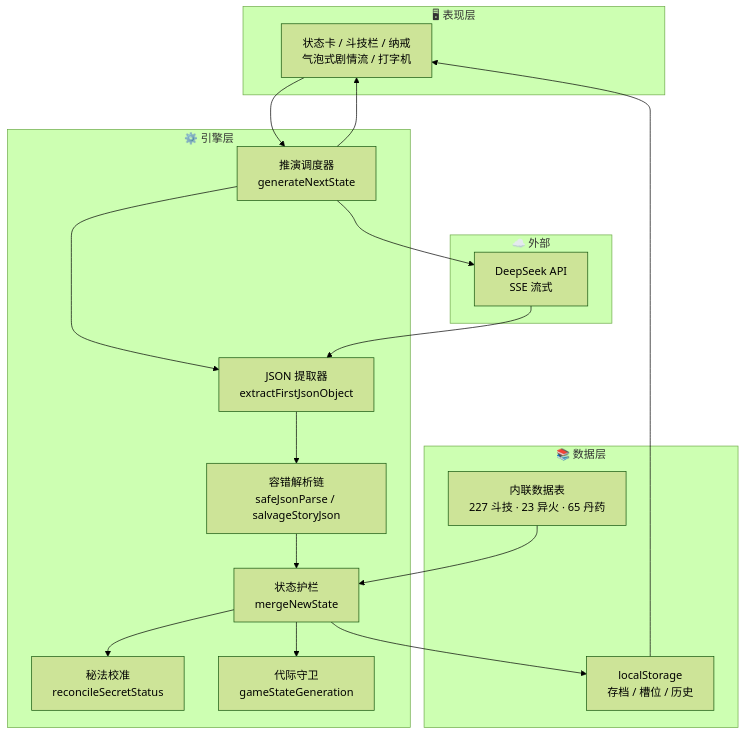
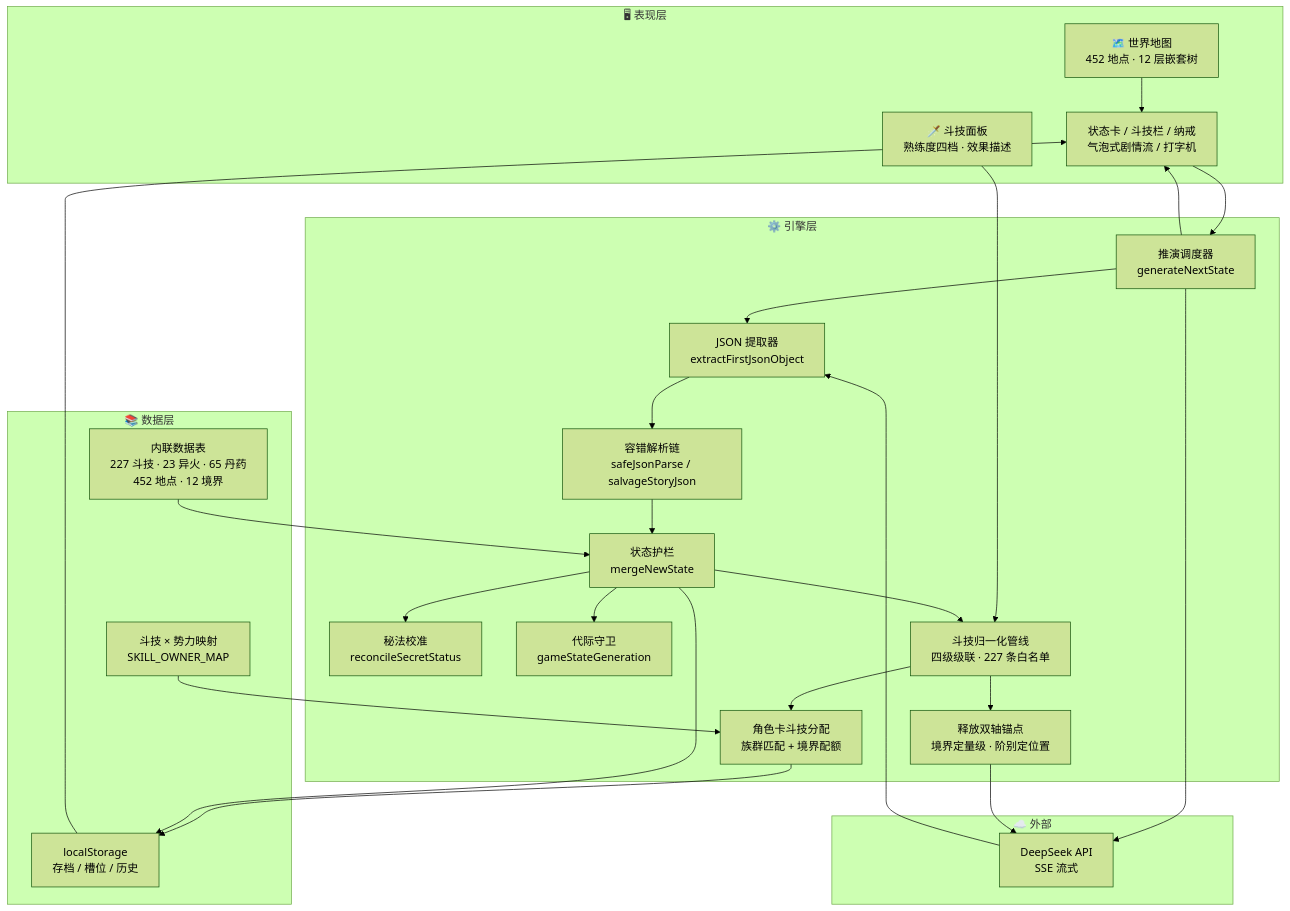
Before and after one commit to Yuan05550/doupo-ai-text-adventure: the first of 4 diagrams in README.md, drawn with Mermaid (forest theme). The commit also changed other lines of this file and 3 other files, not shown here.

First line of the commit message:
feat: v2.4 — 世界地图 · 斗技双轴 · 丹药赠送 · 角色卡斗技分配

````diff
--- a/README.md
+++ b/README.md
@@ -133,37 +136,51 @@
 ```mermaid
 graph TB
     subgraph P["🖥 表现层"]
         UI["状态卡 / 斗技栏 / 纳戒<br/>气泡式剧情流 / 打字机"]
+        PANEL["🗡️ 斗技面板<br/>熟练度四档 · 效果描述"]
+        WMAP["🗺️ 世界地图<br/>452 地点 · 12 层嵌套树"]
     end
 
     subgraph E["⚙️ 引擎层"]
         SCHED["推演调度器<br/>generateNextState"]
         EXTRACT["JSON 提取器<br/>extractFirstJsonObject"]
         REPAIR["容错解析链<br/>safeJsonParse / salvageStoryJson"]
         MERGE["状态护栏<br/>mergeNewState"]
         RECON["秘法校准<br/>reconcileSecretStatus"]
         GEN["代际守卫<br/>gameStateGeneration"]
+        NORM["斗技归一化管线<br/>四级级联 · 227 条白名单"]
+        CAST["释放双轴锚点<br/>境界定量级 · 阶别定位置"]
+        ASSIGN["角色卡斗技分配<br/>族群匹配 + 境界配额"]
     end
 
     subgraph D["📚 数据层"]
-        TABLES["内联数据表<br/>227 斗技 · 23 异火 · 65 丹药"]
+        TABLES["内联数据表<br/>227 斗技 · 23 异火 · 65 丹药<br/>452 地点 · 12 境界"]
+        OWNER["斗技 × 势力映射<br/>SKILL_OWNER_MAP"]
         SAVE["localStorage<br/>存档 / 槽位 / 历史"]
     end
 
     subgraph X["☁️ 外部"]
         API["DeepSeek API<br/>SSE 流式"]
     end
 
     UI --> SCHED
+    PANEL --> NORM
+    WMAP --> UI
     SCHED --> EXTRACT
     EXTRACT --> REPAIR
     SCHED --> API
     API --> EXTRACT
     REPAIR --> MERGE
     MERGE --> RECON
     MERGE --> GEN
+    MERGE --> NORM
+    NORM --> ASSIGN
+    OWNER --> ASSIGN
+    ASSIGN --> SAVE
     TABLES --> MERGE
+    NORM --> CAST
+    CAST --> API
     MERGE --> SAVE
     SAVE --> UI
     SCHED --> UI
 ```
````
